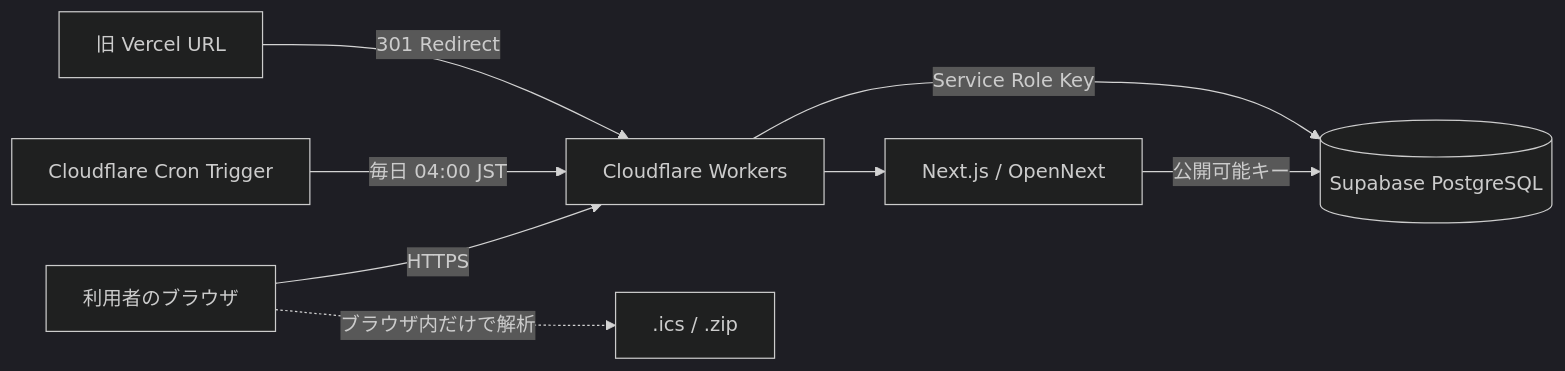
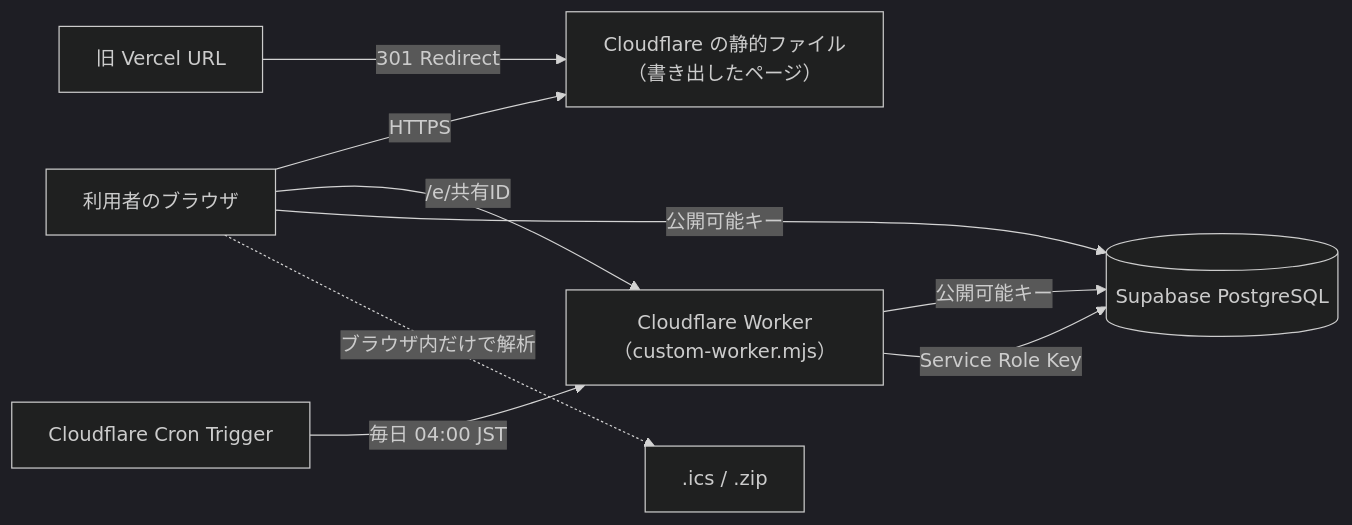
The diagram in README.md (tghcgu/nittei-app), drawn with Mermaid (dark theme) before and after one commit. The commit also changed other lines of this file and 34 other files, not shown here.

````diff
--- a/README.md
+++ b/README.md
@@ -177,10 +177,11 @@
 ```mermaid
 flowchart LR
-  U[利用者のブラウザ] -->|HTTPS| C[Cloudflare Workers]
-  C --> N[Next.js / OpenNext]
-  N -->|公開可能キー| S[(Supabase PostgreSQL)]
-  T[Cloudflare Cron Trigger] -->|毎日 04:00 JST| C
-  C -->|Service Role Key| S
-  V[旧 Vercel URL] -->|301 Redirect| C
+  U[利用者のブラウザ] -->|HTTPS| A[Cloudflare の静的ファイル（書き出したページ）]
+  U -->|/e/共有ID| W[Cloudflare Worker（custom-worker.mjs）]
+  W -->|公開可能キー| S[(Supabase PostgreSQL)]
+  U -->|公開可能キー| S
+  T[Cloudflare Cron Trigger] -->|毎日 04:00 JST| W
+  W -->|Service Role Key| S
+  V[旧 Vercel URL] -->|301 Redirect| A
   U -. ブラウザ内だけで解析 .-> F[.ics / .zip]
 ```
````
